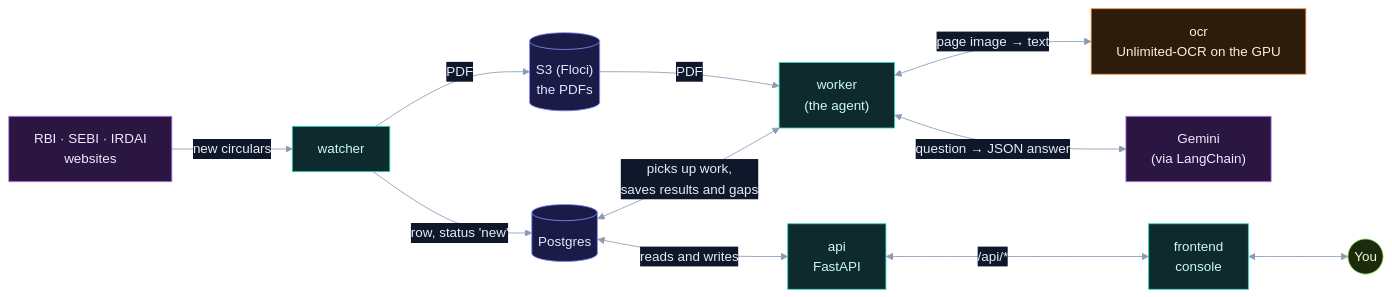
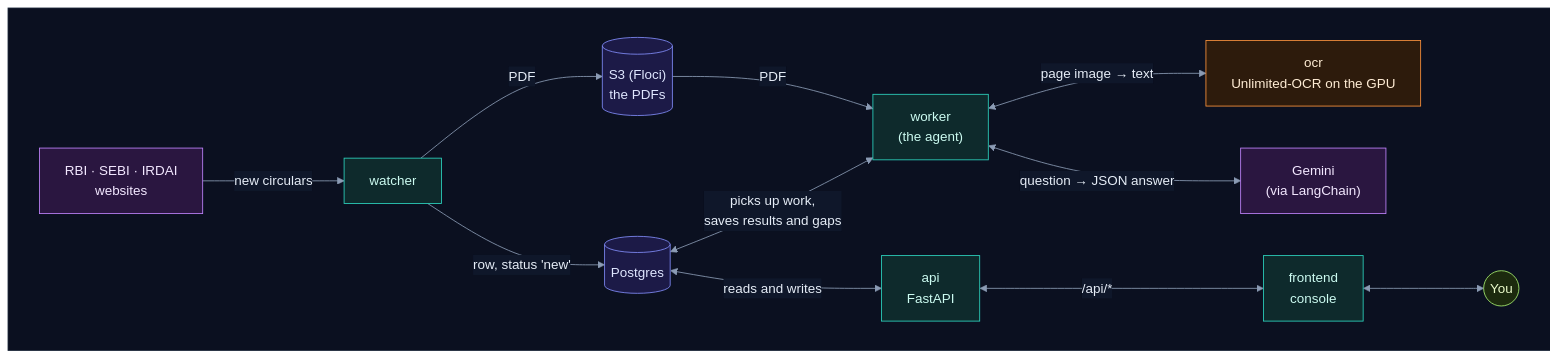
Before and after one commit to selvakumarperumal/Regulatory_Circular_Impact_Agent: the first of 21 diagrams in how_it_works.md, drawn with Mermaid. The commit also changed other lines of this file and 1 other file, not shown here.

````diff
--- a/how_it_works.md
+++ b/how_it_works.md
@@ -69,29 +69,33 @@
 ```mermaid
-%%{init: {"theme": "base", "themeVariables": {"darkMode": true, "primaryColor": "#16213a", "primaryTextColor": "#e6edf7", "primaryBorderColor": "#475a7a", "lineColor": "#8b9bb4", "secondaryColor": "#1b2436", "tertiaryColor": "#101a2e", "edgeLabelBackground": "#0f172a", "textColor": "#e2e8f0", "clusterBkg": "#0f1728", "clusterBorder": "#2b3a55", "titleColor": "#c4b5fd", "nodeTextColor": "#e6edf7"}}}%%
+%%{init: {"theme": "base", "flowchart": {"diagramPadding": 0}, "themeVariables": {"darkMode": true, "primaryColor": "#16213a", "primaryTextColor": "#e6edf7", "primaryBorderColor": "#475a7a", "lineColor": "#8b9bb4", "secondaryColor": "#1b2436", "tertiaryColor": "#101a2e", "edgeLabelBackground": "#0f172a", "textColor": "#e2e8f0", "clusterBkg": "#0f1728", "clusterBorder": "#2b3a55", "titleColor": "#c4b5fd", "nodeTextColor": "#e6edf7"}}}%%
 flowchart LR
-    sites["RBI · SEBI · IRDAI<br/>websites"] -->|new circulars| W["watcher"]
-    W -->|PDF| S3[("S3 (Floci)<br/>the PDFs")]
-    W -->|"row, status 'new'"| DB[("Postgres")]
-    S3 -->|PDF| K["worker<br/>(the agent)"]
-    DB <-->|"picks up work,<br/>saves results and gaps"| K
-    K <-->|"page image → text"| O["ocr<br/>Unlimited-OCR on the GPU"]
-    K <-->|"question → JSON answer"| G["Gemini<br/>(via LangChain)"]
-    DB <-->|reads and writes| A["api<br/>FastAPI"]
-    A <-->|"/api/*"| F["frontend<br/>console"]
-    F <--> U(("You"))
+    subgraph canvas[" "]
+        direction LR
+        sites["RBI · SEBI · IRDAI<br/>websites"] -->|new circulars| W["watcher"]
+        W -->|PDF| S3[("S3 (Floci)<br/>the PDFs")]
+        W -->|"row, status 'new'"| DB[("Postgres")]
+        S3 -->|PDF| K["worker<br/>(the agent)"]
+        DB <-->|"picks up work,<br/>saves results and gaps"| K
+        K <-->|"page image → text"| O["ocr<br/>Unlimited-OCR on the GPU"]
+        K <-->|"question → JSON answer"| G["Gemini<br/>(via LangChain)"]
+        DB <-->|reads and writes| A["api<br/>FastAPI"]
+        A <-->|"/api/*"| F["frontend<br/>console"]
+        F <--> U(("You"))
+    end
 
     classDef svc fill:#0e2a2c,stroke:#2dd4bf,color:#ccfbf1
     classDef data fill:#1c1a47,stroke:#818cf8,color:#e0e7ff
     classDef ext fill:#2a1640,stroke:#c084fc,color:#f3e8ff
     classDef gpu fill:#2d1b0c,stroke:#fb923c,color:#ffedd5
     classDef ask fill:#2a2410,stroke:#fbbf24,color:#fef3c7
     classDef ok fill:#0b2a1c,stroke:#34d399,color:#d1fae5
     classDef bad fill:#2e0f17,stroke:#fb7185,color:#ffe4e6
     classDef start fill:#1c2a0e,stroke:#a7ef6f,color:#ecfccb
     classDef muted fill:#1a2130,stroke:#64748b,color:#cbd5e1
     class W,K,A,F svc
     class S3,DB data
     class sites,G ext
     class O gpu
     class U start
+    style canvas fill:#0b1020,stroke:#1e293b,color:#0b1020
 ```
````
